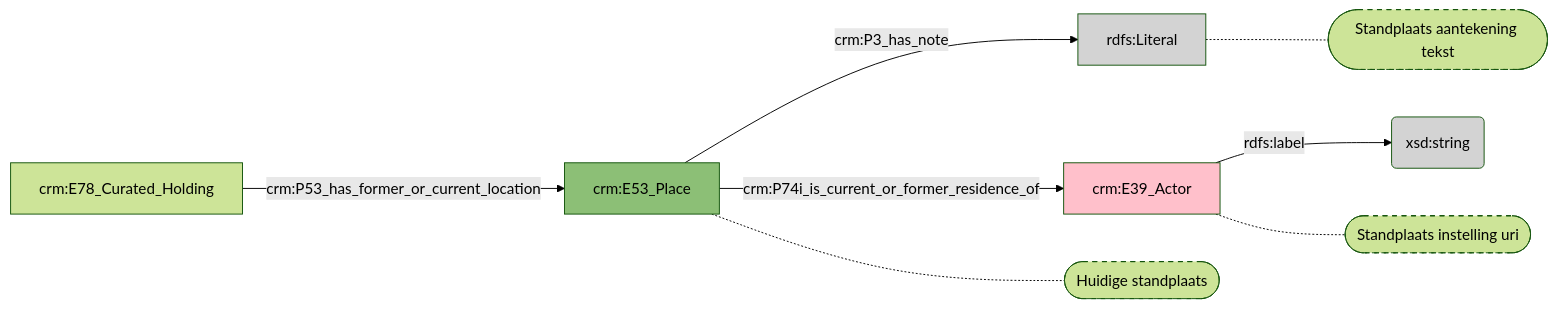
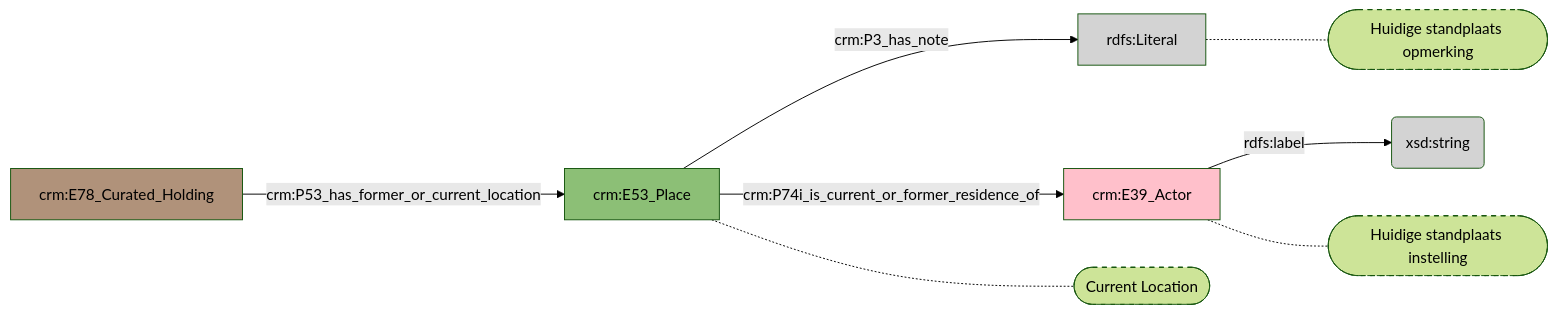
Before and after one commit to digipolisantwerpdocumentation/antwerp-cultureel-erfgoed: the diagram in docs/content/modellen/ArchivalUnit/Bewaargegevens.md, drawn with Mermaid (forest theme). The commit also changed 173 other files, not shown here.

````diff
--- a/docs/content/modellen/ArchivalUnit/Bewaargegevens.md
+++ b/docs/content/modellen/ArchivalUnit/Bewaargegevens.md
@@ -1,17 +1,18 @@
 ```mermaid
 graph LR
 3b219a8c-04fb-11ee-9497-96a6d2455259["crm:E53_Place"]-->|"crm:P3_has_note"|3b21a91e-04fb-11ee-9497-96a6d2455259(rdfs:Literal)
 3b21a978-04fb-11ee-9497-96a6d2455259["crm:E39_Actor"]-->|"rdfs:label"|3b21a9c8-04fb-11ee-9497-96a6d2455259(xsd:string)
 3b219a8c-04fb-11ee-9497-96a6d2455259["crm:E53_Place"]-->|"crm:P74i_is_current_or_former_residence_of"|3b21a978-04fb-11ee-9497-96a6d2455259["crm:E39_Actor"]
 3b21a73e-04fb-11ee-9497-96a6d2455259["crm:E78_Curated_Holding"]-->|"crm:P53_has_former_or_current_location"|3b219a8c-04fb-11ee-9497-96a6d2455259["crm:E53_Place"]
+3b21a91e-04fb-11ee-9497-96a6d2455259["rdfs:Literal"]-.-3b21a91e-04fb-11ee-9497-96a6d2455259_s(["Huidige standplaats opmerking"])
+3b21a978-04fb-11ee-9497-96a6d2455259["crm:E39_Actor"]-.-3b21a978-04fb-11ee-9497-96a6d2455259_s(["Huidige standplaats instelling"])
+3b219a8c-04fb-11ee-9497-96a6d2455259["crm:E53_Place"]-.-3b219a8c-04fb-11ee-9497-96a6d2455259_s(["Current Location"])
 style 3b21a91e-04fb-11ee-9497-96a6d2455259_s stroke-dasharray: 5
 style 3b21a978-04fb-11ee-9497-96a6d2455259_s stroke-dasharray: 5
 style 3b219a8c-04fb-11ee-9497-96a6d2455259_s stroke-dasharray: 5
-3b21a91e-04fb-11ee-9497-96a6d2455259["rdfs:Literal"]-.-3b21a91e-04fb-11ee-9497-96a6d2455259_s(["Standplaats aantekening tekst"])
-3b21a978-04fb-11ee-9497-96a6d2455259["crm:E39_Actor"]-.-3b21a978-04fb-11ee-9497-96a6d2455259_s(["Standplaats instelling uri"])
-3b219a8c-04fb-11ee-9497-96a6d2455259["crm:E53_Place"]-.-3b219a8c-04fb-11ee-9497-96a6d2455259_s(["Huidige standplaats"])
 style 3b219a8c-04fb-11ee-9497-96a6d2455259 fill:#8CBF76
+style 3b21a73e-04fb-11ee-9497-96a6d2455259 fill:#B0927A
 style 3b21a91e-04fb-11ee-9497-96a6d2455259 fill:#D3D3D3
 style 3b21a978-04fb-11ee-9497-96a6d2455259 fill:#ffc0cb
 style 3b21a9c8-04fb-11ee-9497-96a6d2455259 fill:#D3D3D3
 ```
````
